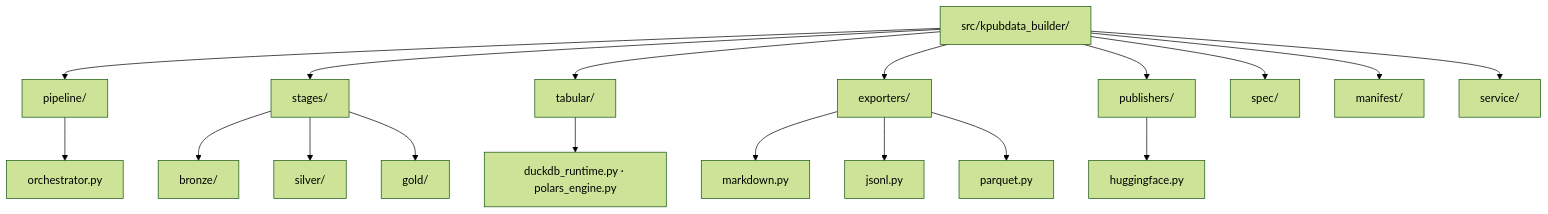
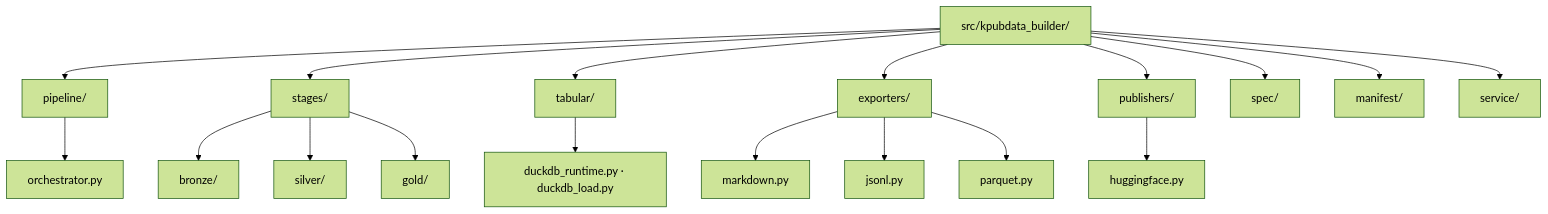
Before and after one commit to kpubdata-lab/kpubdata-builder: the second of 2 diagrams in docs/index.md, drawn with Mermaid (forest theme). The commit also changed other lines of this file and 17 other files, not shown here.

````diff
--- a/docs/index.md
+++ b/docs/index.md
@@ -151,21 +151,21 @@
 ```mermaid
 graph TD
     ROOT[src/kpubdata_builder/] --> PL[pipeline/]
     ROOT --> ST[stages/]
     ROOT --> TB[tabular/]
     ROOT --> E[exporters/]
     ROOT --> P[publishers/]
     ROOT --> S[spec/]
     ROOT --> M[manifest/]
     ROOT --> SVC[service/]
 
     PL --> ORCH[orchestrator.py]
     ST --> BR[bronze/]
     ST --> SI[silver/]
     ST --> GO[gold/]
-    TB --> PO[duckdb_runtime.py · polars_engine.py]
+    TB --> PO[duckdb_runtime.py · duckdb_load.py]
     E --> ME[markdown.py]
     E --> JE[jsonl.py]
     E --> PE[parquet.py]
     P --> HP[huggingface.py]
 ```
````
